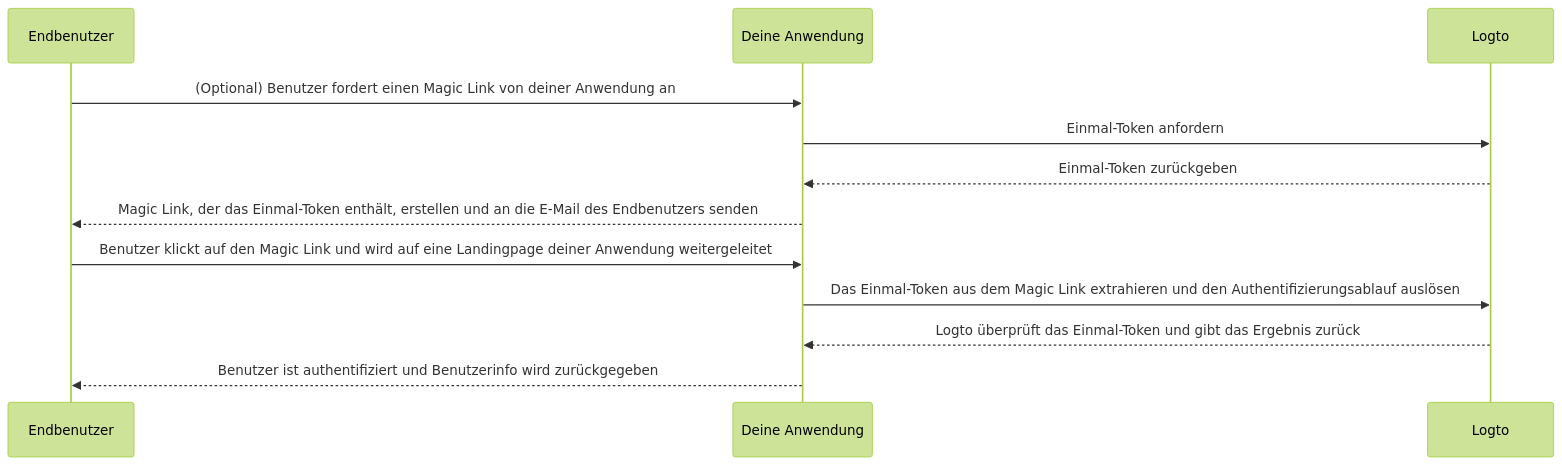
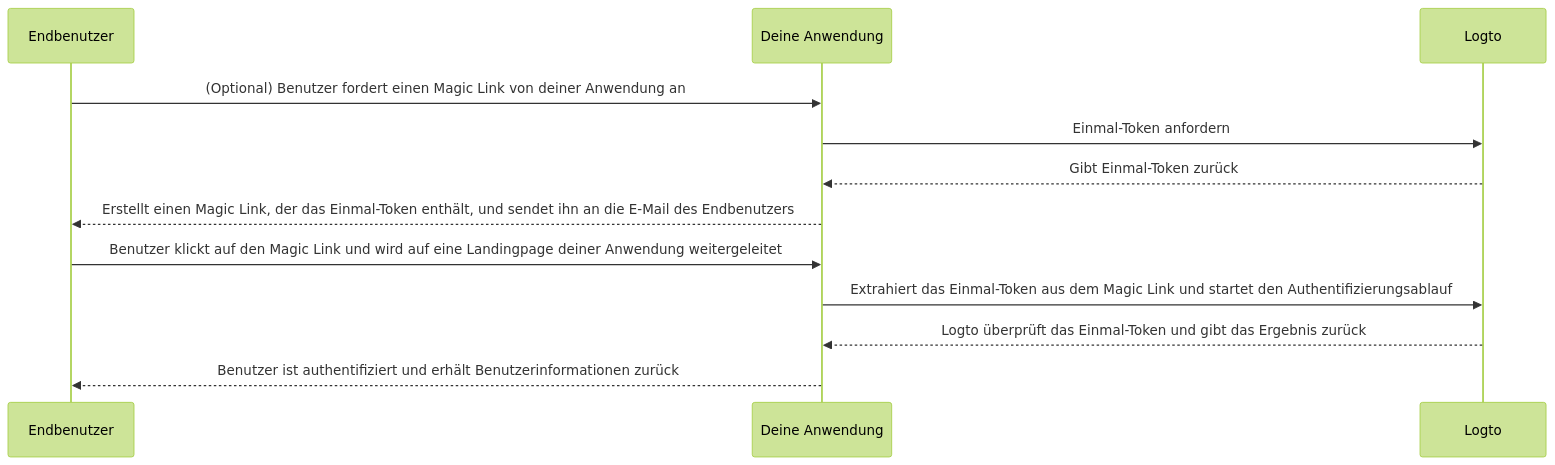
Before and after one commit to logto-io/docs: the diagram in i18n/de/docusaurus-plugin-content-docs/current/end-user-flows/one-time-token.mdx, drawn with Mermaid (forest theme). The commit also changed other lines of this file and 46 other files, not shown here.

````diff
--- a/i18n/de/docusaurus-plugin-content-docs/current/end-user-flows/one-time-token.mdx
+++ b/i18n/de/docusaurus-plugin-content-docs/current/end-user-flows/one-time-token.mdx
@@ -24,15 +24,15 @@
 ```mermaid
 sequenceDiagram
   participant U as Endbenutzer
   participant C as Deine Anwendung
   participant L as Logto
 
   U ->> C: (Optional) Benutzer fordert einen Magic Link von deiner Anwendung an
   C ->> L: Einmal-Token anfordern
-  L -->> C: Einmal-Token zurückgeben
-  C -->> U: Magic Link, der das Einmal-Token enthält, erstellen und an die E-Mail des Endbenutzers senden
+  L -->> C: Gibt Einmal-Token zurück
+  C -->> U: Erstellt einen Magic Link, der das Einmal-Token enthält, und sendet ihn an die E-Mail des Endbenutzers
   U ->> C: Benutzer klickt auf den Magic Link und wird auf eine Landingpage deiner Anwendung weitergeleitet
-  C ->> L: Das Einmal-Token aus dem Magic Link extrahieren und den Authentifizierungsablauf auslösen
+  C ->> L: Extrahiert das Einmal-Token aus dem Magic Link und startet den Authentifizierungsablauf
   L -->> C: Logto überprüft das Einmal-Token und gibt das Ergebnis zurück
-  C -->> U: Benutzer ist authentifiziert und Benutzerinfo wird zurückgegeben
+  C -->> U: Benutzer ist authentifiziert und erhält Benutzerinformationen zurück
 ```
````
